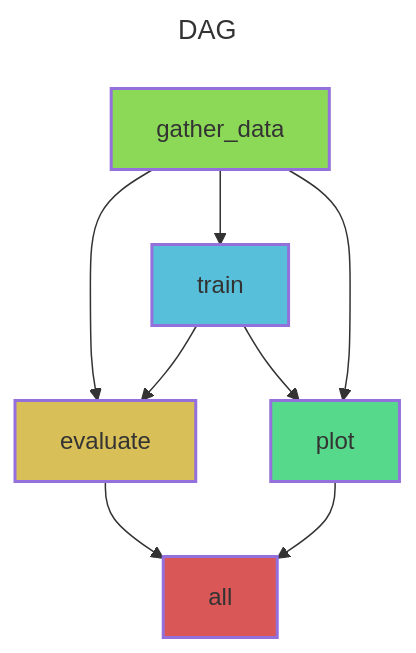
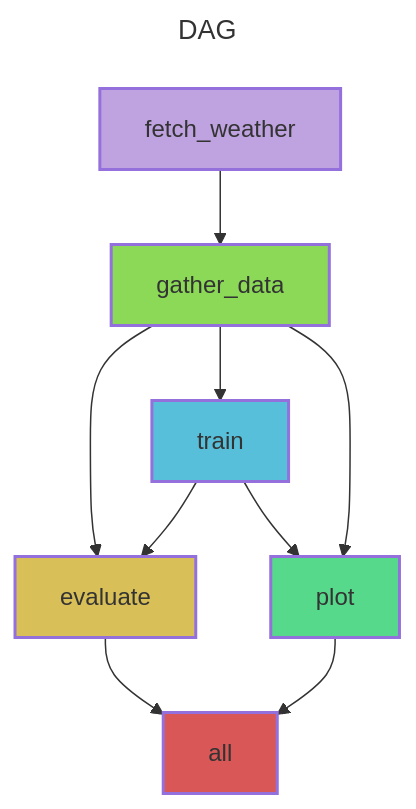
The diagram in examples/figures/dag.mmd (FBreach/neural_ODE), drawn with Mermaid before and after one commit. The commit also changed 10 other files, not shown here.

```diff
--- a/examples/figures/dag.mmd
+++ b/examples/figures/dag.mmd
@@ -1,21 +1,24 @@
 ---
 title: DAG
 ---
 flowchart TB
 	id0[all]
 	id1[evaluate]
 	id2[gather_data]
 	id3[train]
 	id4[plot]
+	id5[fetch_weather]
 	style id0 fill:#D95757,stroke-width:2px,color:#333333
 	style id1 fill:#D9BF57,stroke-width:2px,color:#333333
 	style id2 fill:#8BD957,stroke-width:2px,color:#333333
 	style id3 fill:#57BFD9,stroke-width:2px,color:#333333
 	style id4 fill:#57D98B,stroke-width:2px,color:#333333
+	style id5 fill:#BFA3E0,stroke-width:2px,color:#333333
+	id5 --> id2
 	id1 --> id0
 	id4 --> id0
 	id2 --> id1
 	id3 --> id1
 	id2 --> id3
 	id2 --> id4
 	id3 --> id4
```
